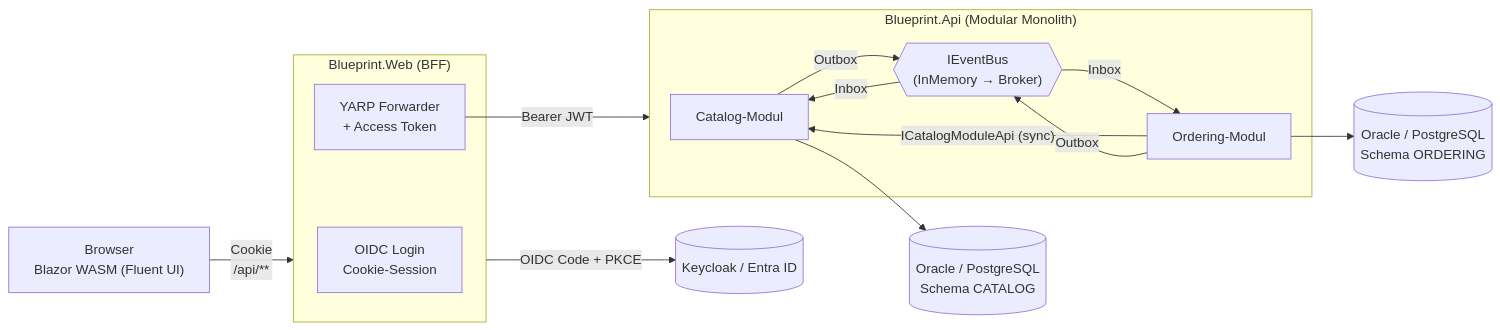
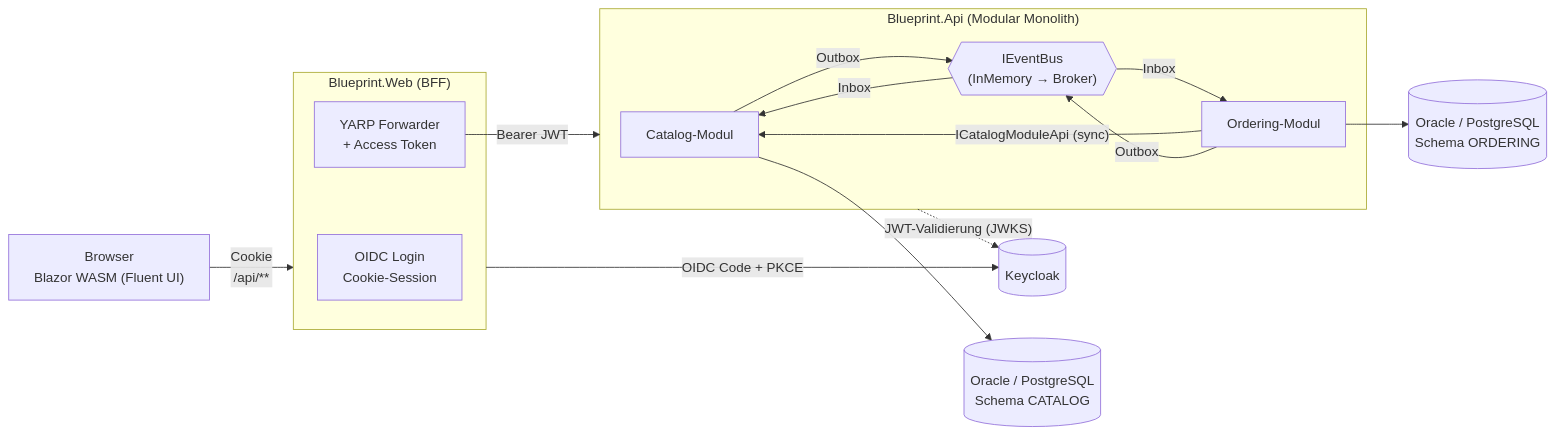
One commit to veritatron/dotnet-blueprint changed the diagram in README.md. Above: the diagram before and after it, drawn with Mermaid. The commit also changed other lines of this file and 48 other files, not shown here.

First line of the commit message:
Generate API clients from OpenAPI with Refitter, authenticate via Keycloak

````diff
--- a/README.md
+++ b/README.md
@@ -21,22 +23,23 @@
 ```mermaid
 flowchart LR
     Browser["Browser<br/>Blazor WASM (Fluent UI)"] -- "Cookie<br/>/api/**" --> BFF
     subgraph BFF["Blueprint.Web (BFF)"]
         OIDC["OIDC Login<br/>Cookie-Session"]
         YARP["YARP Forwarder<br/>+ Access Token"]
     end
-    BFF -- "OIDC Code + PKCE" --> IdP[(Keycloak / Entra ID)]
+    BFF -- "OIDC Code + PKCE" --> IdP[(Keycloak)]
+    API -. "JWT-Validierung (JWKS)" .-> IdP
     YARP -- "Bearer JWT" --> API
     subgraph API["Blueprint.Api (Modular Monolith)"]
         Catalog["Catalog-Modul"]
         Ordering["Ordering-Modul"]
         Bus{{"IEventBus<br/>(InMemory → Broker)"}}
         Ordering -- "ICatalogModuleApi (sync)" --> Catalog
         Catalog -- Outbox --> Bus
         Ordering -- Outbox --> Bus
         Bus -- Inbox --> Catalog
         Bus -- Inbox --> Ordering
     end
     Catalog --> DB[("Oracle / PostgreSQL<br/>Schema CATALOG")]
     Ordering --> DB2[("Oracle / PostgreSQL<br/>Schema ORDERING")]
 ```
````
